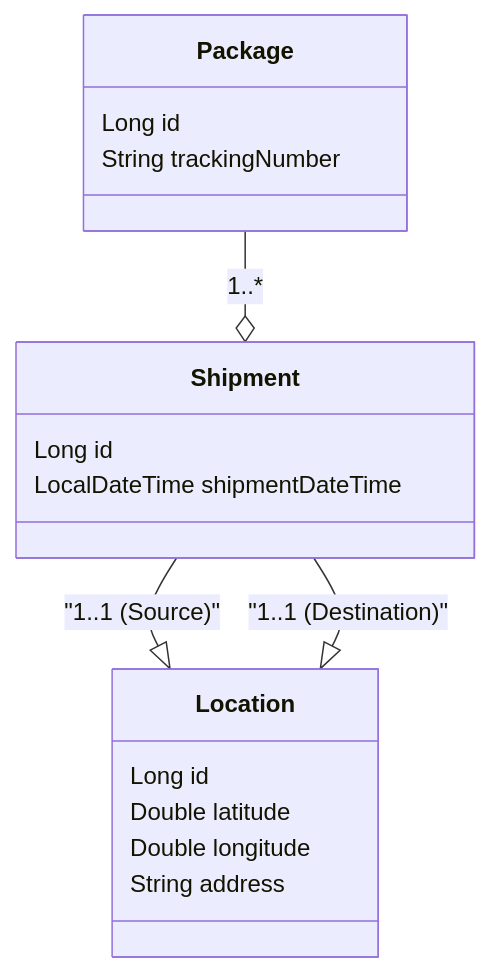
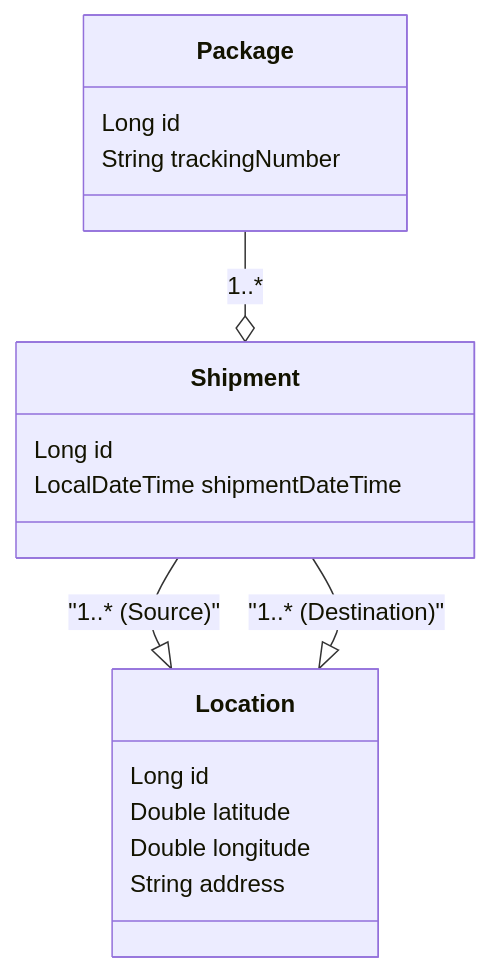
The diagram in README.md (jonbertelsen/gls), drawn with Mermaid before and after one commit. The commit also changed other lines of this file, not shown here.

````diff
--- a/README.md
+++ b/README.md
@@ -24,23 +5,23 @@
 ```mermaid
 classDiagram
   Package --o Shipment : 1..*
-  Shipment --|> Location : "1..1 (Source)"
-  Shipment --|> Location : "1..1 (Destination)"
+  Shipment --|> Location : "1..* (Source)"
+  Shipment --|> Location : "1..* (Destination)"
 
   class Package {
     Long id
     String trackingNumber
   }
 
   class Shipment {
     Long id
     LocalDateTime shipmentDateTime
   }
 
   class Location {
     Long id
     Double latitude
     Double longitude
     String address
   }
 ```
````
